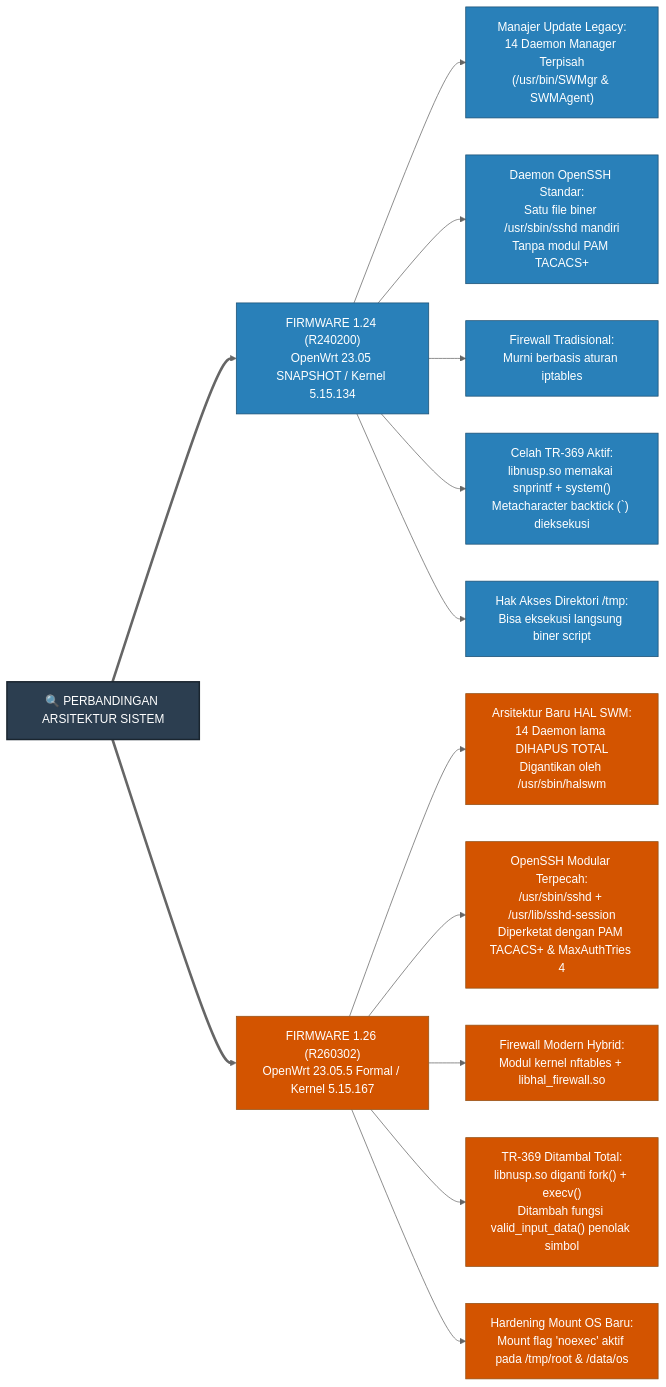
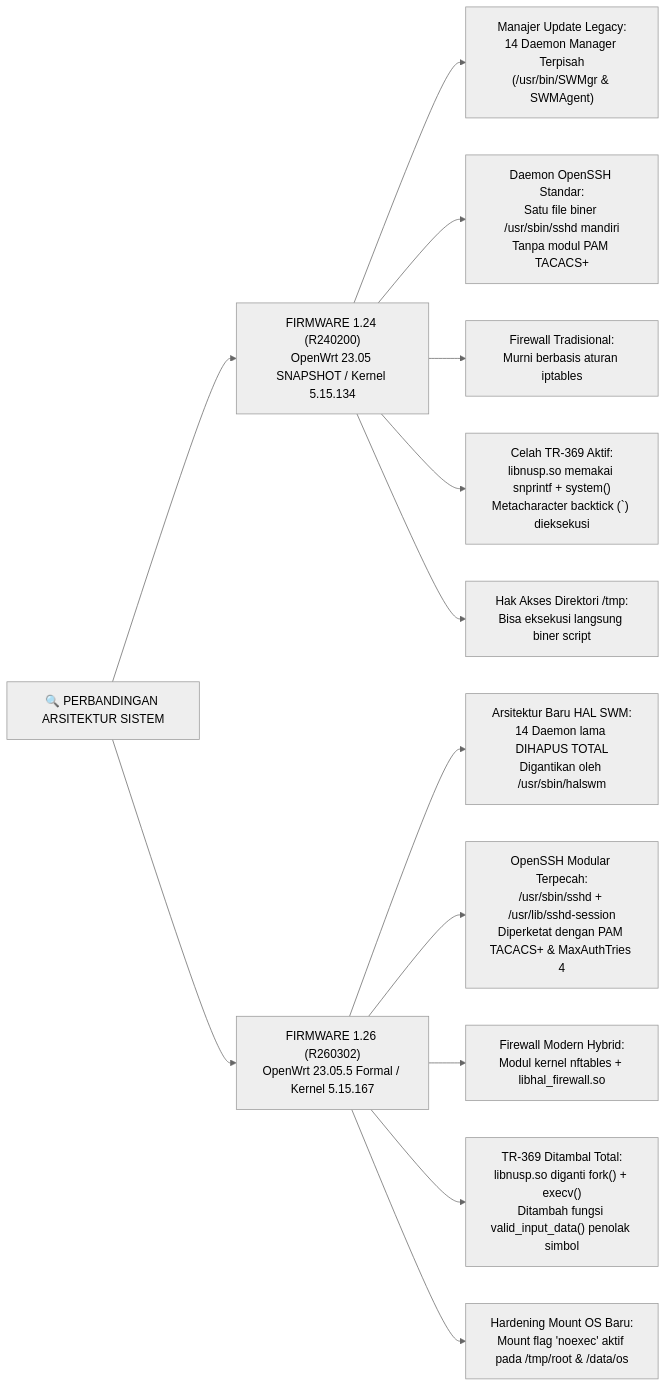
One commit to enterdvoid/dbai-unified-builder changed the fifth of 5 diagrams in docs/DIAGRAM_PARTISI_DAN_BOOTFLOW_NOKIA.md. Above: the diagram before and after it, drawn with Mermaid (neutral theme). The commit also changed other lines of this file, not shown here.

````diff
--- a/docs/DIAGRAM_PARTISI_DAN_BOOTFLOW_NOKIA.md
+++ b/docs/DIAGRAM_PARTISI_DAN_BOOTFLOW_NOKIA.md
@@ -190,31 +235,22 @@
 ```mermaid
 flowchart LR
     COMP["🔍 PERBANDINGAN ARSITEKTUR SISTEM"]
 
     %% KELOMPOK 1.24
-    COMP ==> V124["FIRMWARE 1.24 (R240200)\nOpenWrt 23.05 SNAPSHOT / Kernel 5.15.134"]
+    COMP --> V124["FIRMWARE 1.24 (R240200)\nOpenWrt 23.05 SNAPSHOT / Kernel 5.15.134"]
     
     V124 --> SWM_OLD["Manajer Update Legacy:\n14 Daemon Manager Terpisah\n(/usr/bin/SWMgr & SWMAgent)"]
     V124 --> SSH_OLD["Daemon OpenSSH Standar:\nSatu file biner /usr/sbin/sshd mandiri\nTanpa modul PAM TACACS+"]
     V124 --> FW_OLD["Firewall Tradisional:\nMurni berbasis aturan iptables"]
     V124 --> RCE_OLD["Celah TR-369 Aktif:\nlibnusp.so memakai snprintf + system()\nMetacharacter backtick (`) dieksekusi"]
     V124 --> PERM_OLD["Hak Akses Direktori /tmp:\nBisa eksekusi langsung biner script"]
 
     %% KELOMPOK 1.26
-    COMP ==> V126["FIRMWARE 1.26 (R260302)\nOpenWrt 23.05.5 Formal / Kernel 5.15.167"]
+    COMP --> V126["FIRMWARE 1.26 (R260302)\nOpenWrt 23.05.5 Formal / Kernel 5.15.167"]
     
     V126 --> SWM_NEW["Arsitektur Baru HAL SWM:\n14 Daemon lama DIHAPUS TOTAL\nDigantikan oleh /usr/sbin/halswm"]
     V126 --> SSH_NEW["OpenSSH Modular Terpecah:\n/usr/sbin/sshd + /usr/lib/sshd-session\nDiperketat dengan PAM TACACS+ & MaxAuthTries 4"]
     V126 --> FW_NEW["Firewall Modern Hybrid:\nModul kernel nftables + libhal_firewall.so"]
     V126 --> RCE_NEW["TR-369 Ditambal Total:\nlibnusp.so diganti fork() + execv()\nDitambah fungsi valid_input_data() penolak simbol"]
     V126 --> PERM_NEW["Hardening Mount OS Baru:\nMount flag 'noexec' aktif pada /tmp/root & /data/os"]
-
-    %% STYLING
-    classDef compHead fill:#2c3e50,stroke:#1a252f,stroke-width:2px,color:#fff;
-    classDef v124Style fill:#2980b9,stroke:#1b4f72,stroke-width:1px,color:#fff;
-    classDef v126Style fill:#d35400,stroke:#935116,stroke-width:1px,color:#fff;
-
-    class COMP compHead;
-    class V124,SWM_OLD,SSH_OLD,FW_OLD,RCE_OLD,PERM_OLD v124Style;
-    class V126,SWM_NEW,SSH_NEW,FW_NEW,RCE_NEW,PERM_NEW v126Style;
 ```
````
